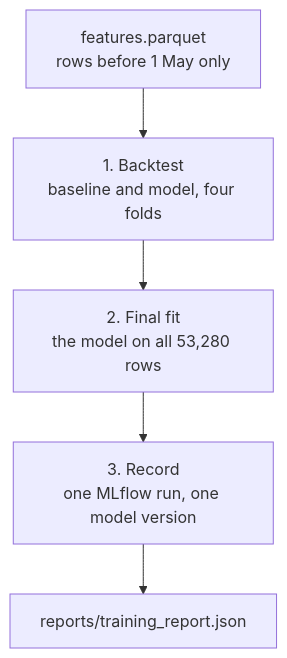
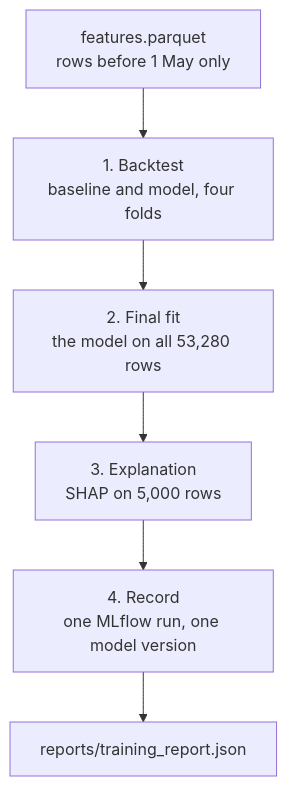
Before and after one commit to hazimmm/nyc-taxi-demand-mlops: the diagram in docs/learning/26-the-final-fit-and-mlflow.md, drawn with Mermaid. The commit also changed other lines of this file and 28 other files, not shown here.

First line of the commit message:
feat: tune the model with Optuna and explain it with SHAP

````diff
--- a/docs/learning/26-the-final-fit-and-mlflow.md
+++ b/docs/learning/26-the-final-fit-and-mlflow.md
@@ -19,7 +19,8 @@
 ```mermaid
 flowchart TB
     A["features.parquet<br/>rows before 1 May only"] --> B["1. Backtest<br/>baseline and model, four folds"]
     B --> C["2. Final fit<br/>the model on all 53,280 rows"]
-    C --> D["3. Record<br/>one MLflow run, one model version"]
+    C --> X["3. Explanation<br/>SHAP on 5,000 rows"]
+    X --> D["4. Record<br/>one MLflow run, one model version"]
     D --> E["reports/training_report.json"]
 ```
````
